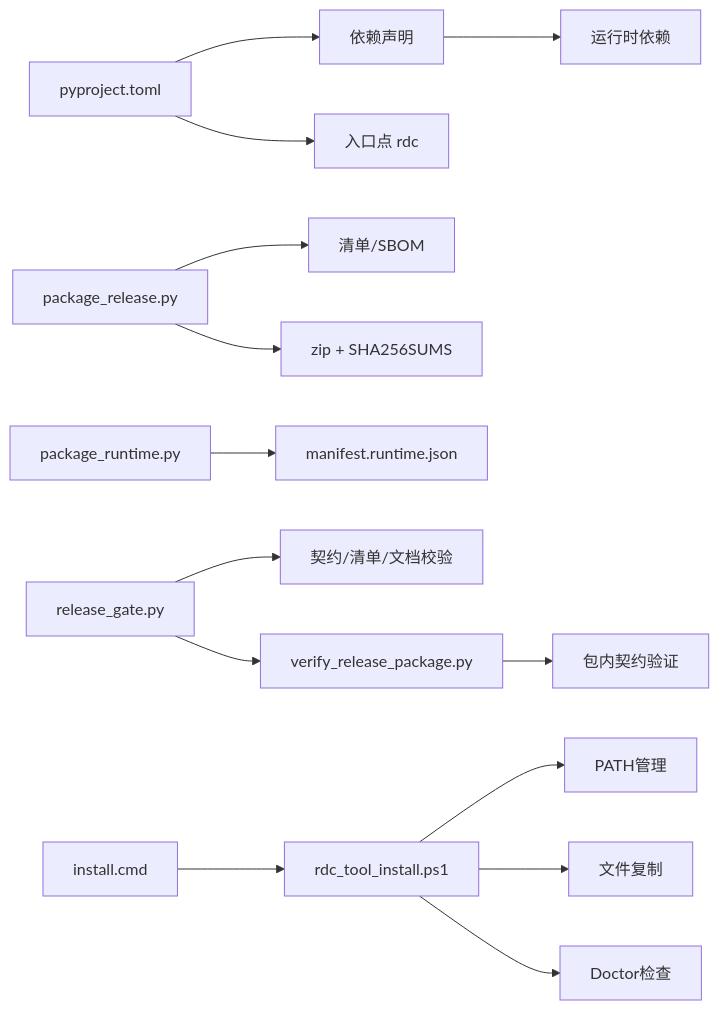
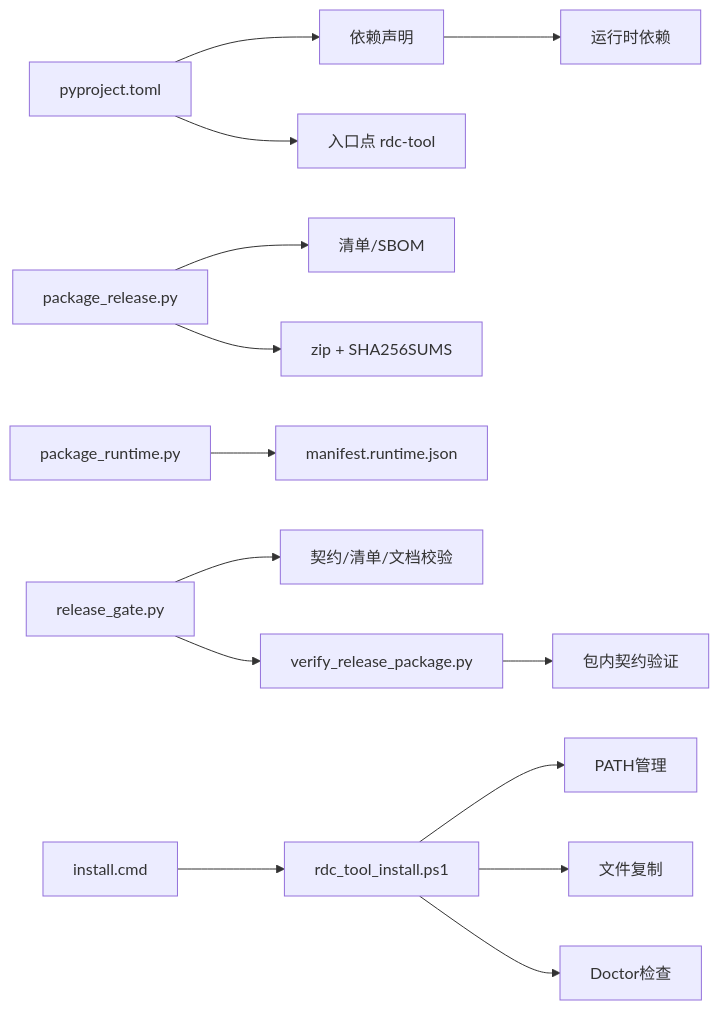
One commit to haolange/RDC-Tool changed the seventh of 7 diagrams in .qoder/repowiki/zh/content/部署和发布/部署和发布.md. Above: the diagram before and after it, drawn with Mermaid. The commit also changed other lines of this file and 80 other files, not shown here.

````diff
--- a/.qoder/repowiki/zh/content/部署和发布/部署和发布.md
+++ b/.qoder/repowiki/zh/content/部署和发布/部署和发布.md
@@ -436,16 +436,16 @@
 ```mermaid
 graph LR
 PR["pyproject.toml"] --> DEP["依赖声明"]
 DEP --> RUNTIME["运行时依赖"]
-PR --> ENTRY["入口点 rdc"]
+PR --> ENTRY["入口点 rdc-tool"]
 PKG["package_release.py"] --> META["清单/SBOM"]
 PKG --> ZIP["zip + SHA256SUMS"]
 RT["package_runtime.py"] --> MAN["manifest.runtime.json"]
 RG["release_gate.py"] --> CHK["契约/清单/文档校验"]
 VF["verify_release_package.py"] --> VAL["包内契约验证"]
 RG --> VF
 INST["install.cmd"] --> PS["rdc_tool_install.ps1"]
 PS --> PATH["PATH管理"]
 PS --> COPY["文件复制"]
 PS --> DOCTOR["Doctor检查"]
 ```
````
